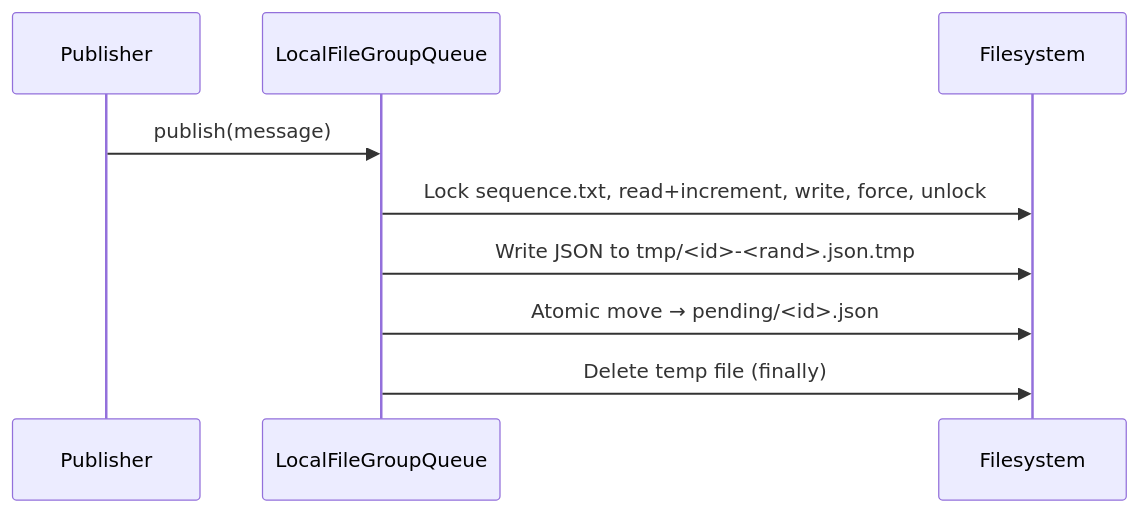
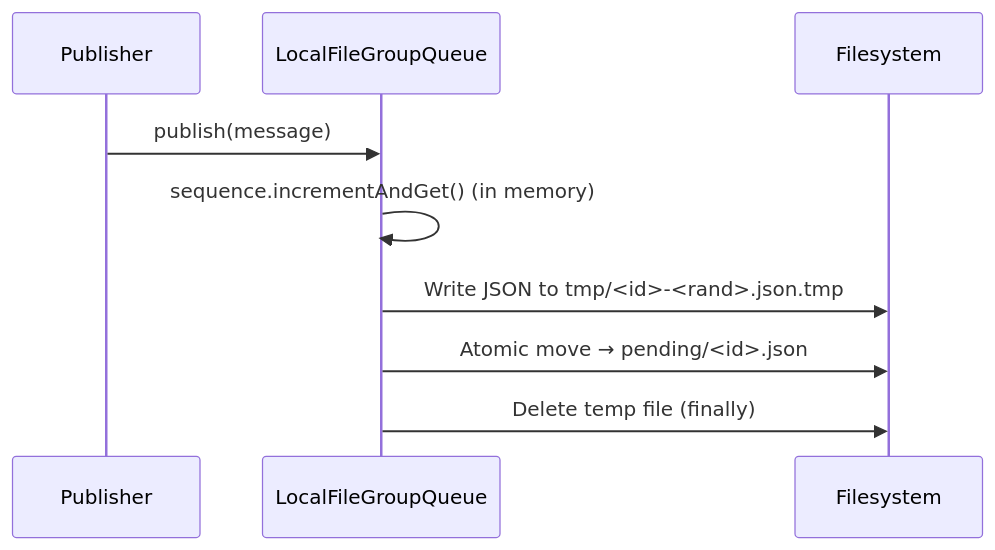
Before and after one commit to gchq/stroom: the second of 8 diagrams in stroom-proxy/designs/infrastructure/queues.md, drawn with Mermaid. The commit also changed other lines of this file and 27 other files, not shown here.

````diff
--- a/stroom-proxy/designs/infrastructure/queues.md
+++ b/stroom-proxy/designs/infrastructure/queues.md
@@ -93,12 +93,12 @@
 ```mermaid
 sequenceDiagram
     participant P as Publisher
     participant Q as LocalFileGroupQueue
     participant FS as Filesystem
 
     P->>Q: publish(message)
-    Q->>FS: Lock sequence.txt, read+increment, write, force, unlock
+    Q->>Q: sequence.incrementAndGet() (in memory)
     Q->>FS: Write JSON to tmp/<id>-<rand>.json.tmp
     Q->>FS: Atomic move → pending/<id>.json
     Q->>FS: Delete temp file (finally)
 ```
````
